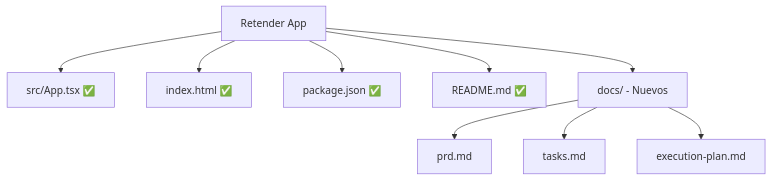
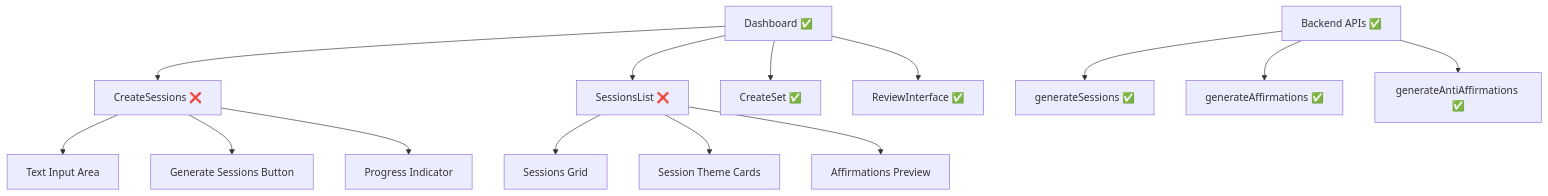
Before and after one commit to Tobarrientos2/retender: the third of 3 diagrams in docs/prd.md, drawn with Mermaid. The commit also changed other lines of this file and 15 other files, not shown here.

````diff
--- a/docs/prd.md
+++ b/docs/prd.md
@@ -99,12 +126,19 @@
 ```mermaid
 graph TD
-    A[Retender App] --> B[src/App.tsx ✅]
-    A --> C[index.html ✅]
-    A --> D[package.json ✅]
-    A --> E[README.md ✅]
-    A --> F[docs/ - Nuevos]
-    
-    F --> G[prd.md]
-    F --> H[tasks.md]
-    F --> I[execution-plan.md]
+    A[Dashboard ✅] --> B[CreateSessions ❌]
+    A --> C[SessionsList ❌]
+    A --> D[CreateSet ✅]
+    A --> E[ReviewInterface ✅]
+
+    B --> F[Text Input Area]
+    B --> G[Generate Sessions Button]
+    B --> H[Progress Indicator]
+
+    C --> I[Sessions Grid]
+    C --> J[Session Theme Cards]
+    C --> K[Affirmations Preview]
+
+    L[Backend APIs ✅] --> M[generateSessions ✅]
+    L --> N[generateAffirmations ✅]
+    L --> O[generateAntiAffirmations ✅]
 ```
````
